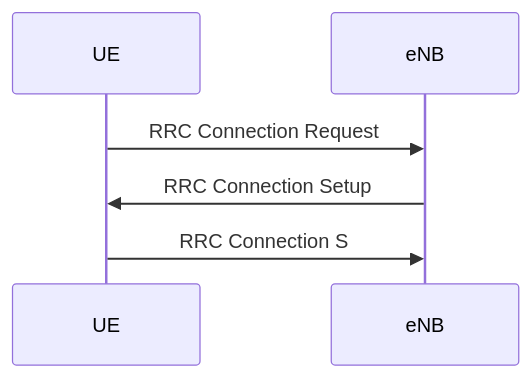
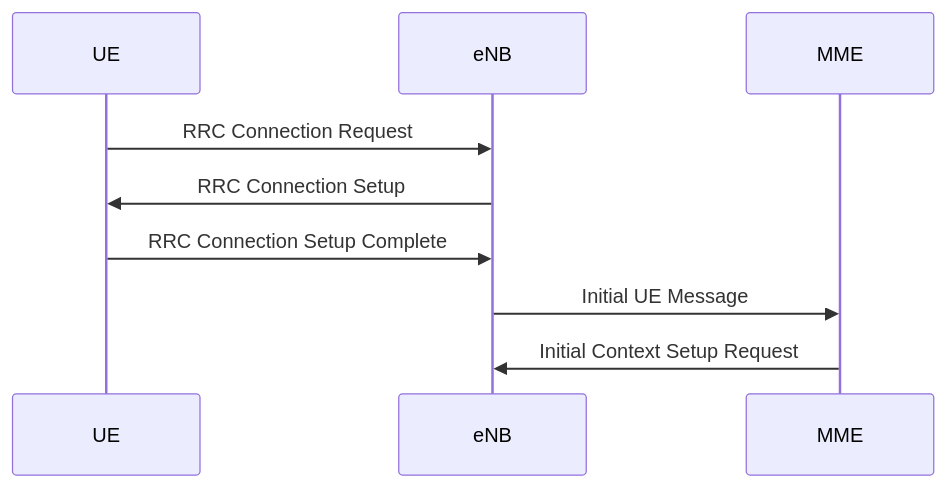
The second of 2 diagrams in ARM.md (ThomasRochette/NoteCours), drawn with Mermaid before and after one commit. The commit also changed other lines of this file, not shown here.

Commit message:
Uploaded by https://stackedit.io/

````diff
--- a/ARM.md
+++ b/ARM.md
@@ -102,6 +102,8 @@
 ```mermaid
 sequenceDiagram
 UE ->> eNB: RRC Connection Request
 eNB ->> UE: RRC Connection Setup
-UE ->> eNB: RRC Connection S
+UE ->> eNB: RRC Connection Setup Complete
+eNB ->> MME: Initial UE Message
+MME ->> eNB: Initial Context Setup Request
 ```
````
